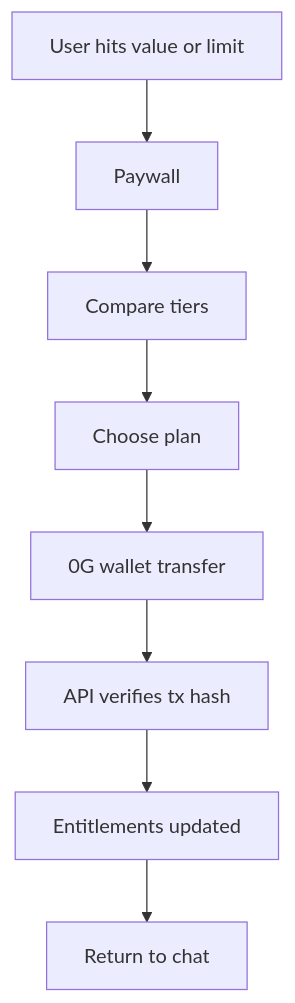
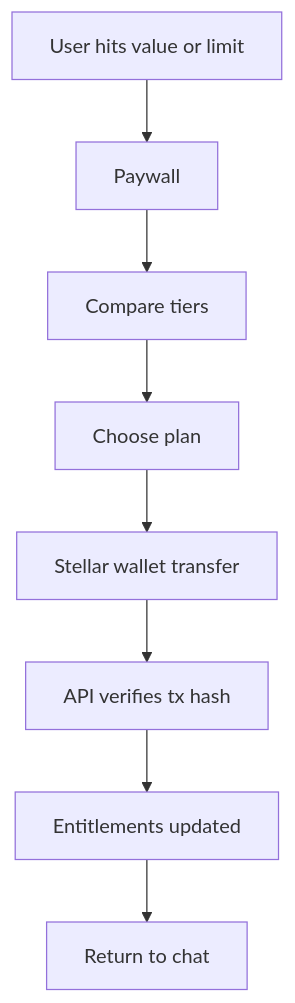
Diagram 12 of 15 in docs/hana-chat-user-flows.md (Afnanksalal/hana-chat), drawn with Mermaid before and after one commit. The commit also changed 61 other files, not shown here.

````diff
--- a/docs/hana-chat-user-flows.md
+++ b/docs/hana-chat-user-flows.md
@@ -498,10 +498,10 @@
 ```mermaid
 flowchart TD
   A["User hits value or limit"] --> B["Paywall"]
   B --> C["Compare tiers"]
   C --> D["Choose plan"]
-  D --> E["0G wallet transfer"]
+  D --> E["Stellar wallet transfer"]
   E --> F["API verifies tx hash"]
   F --> G["Entitlements updated"]
   G --> H["Return to chat"]
 ```
````
